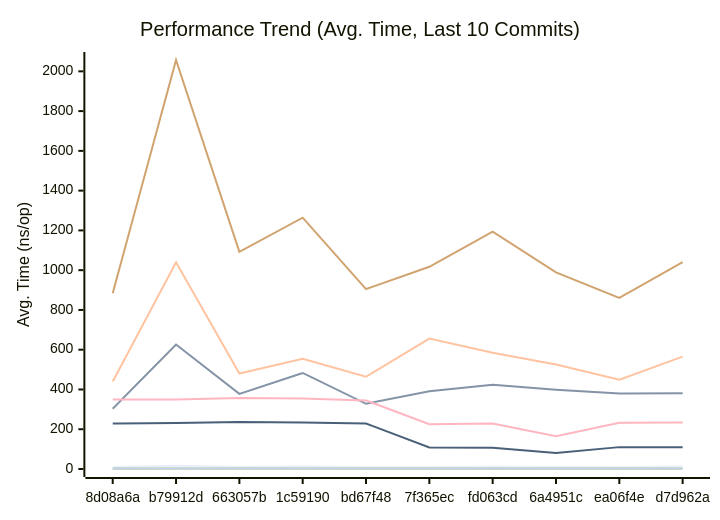
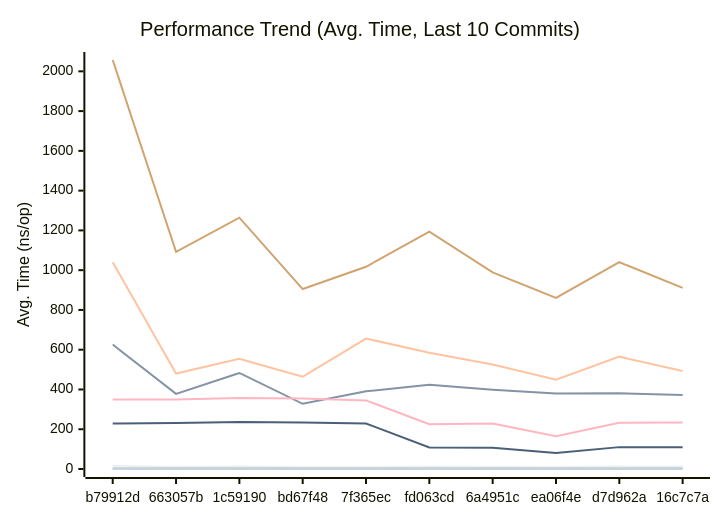
Before and after one commit to alsotoes/momo: the first of 3 diagrams in docs/PERFORMANCE.md, drawn with Mermaid. The commit also changed other lines of this file and 3 other files, not shown here.

````diff
--- a/docs/PERFORMANCE.md
+++ b/docs/PERFORMANCE.md
@@ -80,16 +80,16 @@
 ```mermaid
 xychart-beta
     title "Performance Trend (Avg. Time, Last 10 Commits)"
     x-axis "Commit"
     y-axis "Avg. Time (ns/op)"
-    x-axis [8d08a6a,b79912d,663057b,1c59190,bd67f48,7f365ec,fd063cd,6a4951c,ea06f4e,d7d962a]
-    line "CheckMetricsAndSwap" [9,16,10,12,9,9,11,10,9,12]
-    line "CrushOptimized" [303,626,378,483,328,391,424,399,380,381]
-    line "CrushOriginal" [440,1040,480,554,464,656,585,526,449,565]
-    line "IndexDirectTracking" [0,1,1,1,0,0,0,0,0,0]
-    line "IndexSearch" [2,3,2,2,2,2,2,2,2,2]
-    line "LoadGlobalConfig" [884,2057,1092,1264,905,1017,1194,989,861,1040]
-    line "PadString" [2,3,3,3,2,3,3,2,2,2]
+    x-axis [b79912d,663057b,1c59190,bd67f48,7f365ec,fd063cd,6a4951c,ea06f4e,d7d962a,16c7c7a]
+    line "CheckMetricsAndSwap" [16,10,12,9,9,11,10,9,12,11]
+    line "CrushOptimized" [626,378,483,328,391,424,399,380,381,372]
+    line "CrushOriginal" [1040,480,554,464,656,585,526,449,565,493]
+    line "IndexDirectTracking" [1,1,1,0,0,0,0,0,0,0]
+    line "IndexSearch" [3,2,2,2,2,2,2,2,2,2]
+    line "LoadGlobalConfig" [2057,1092,1264,905,1017,1194,989,861,1040,911]
+    line "PadString" [3,3,3,2,3,3,2,2,2,2]
     line "ParseReplicationOrder_NoPrealloc" [350,349,357,354,345,225,229,165,232,234]
     line "ParseReplicationOrder_Prealloc" [229,231,237,234,229,108,107,80,110,109]
 ```
````
